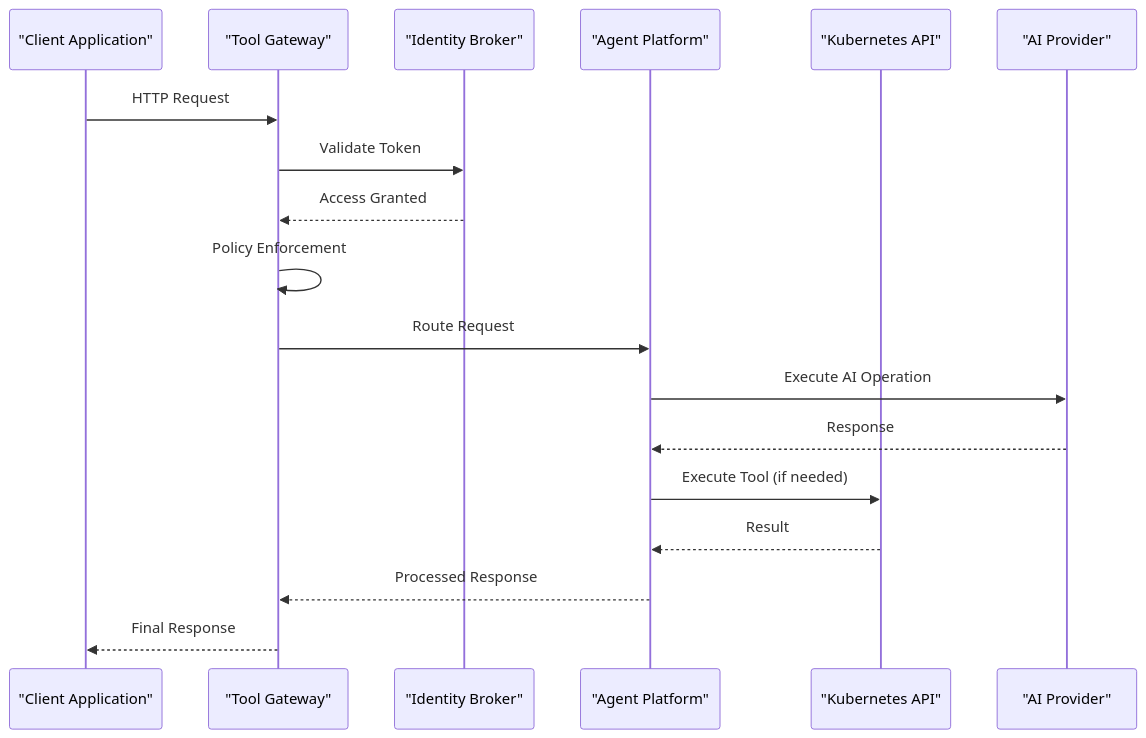
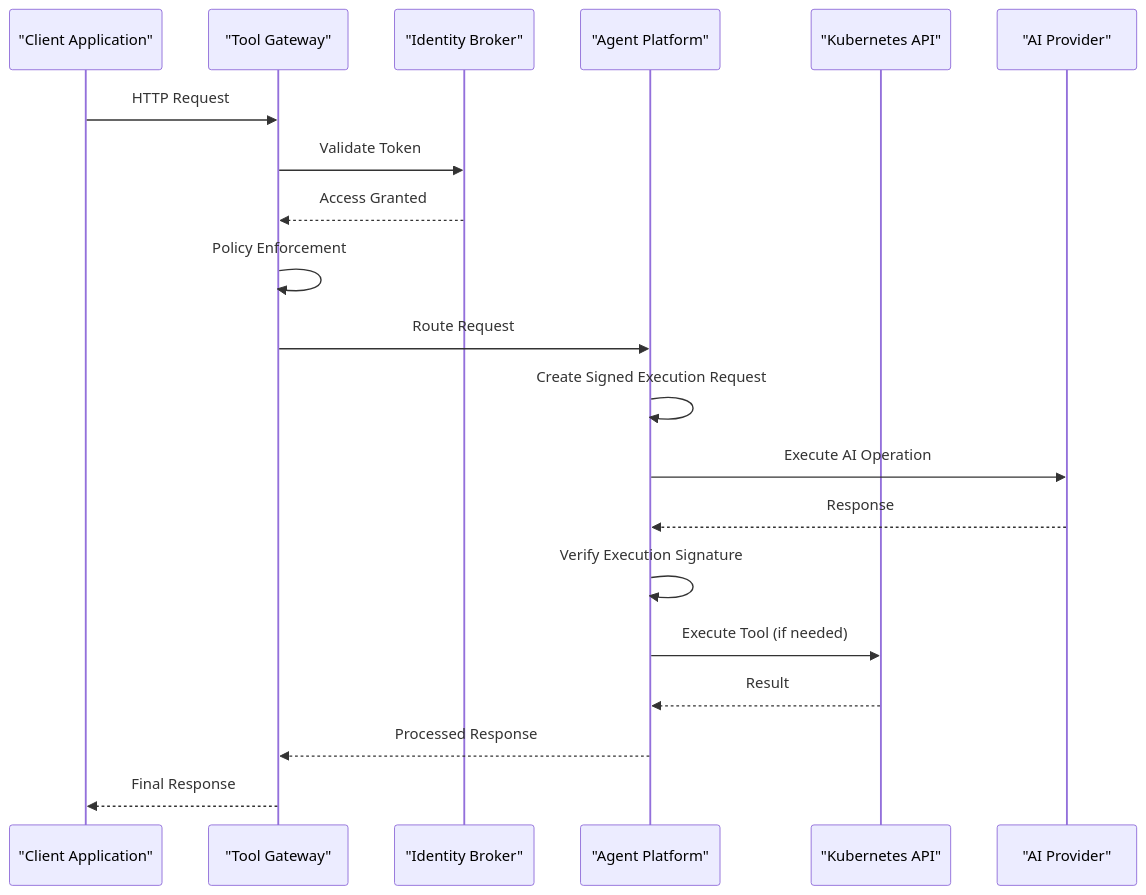
The second of 8 diagrams in .qoder/repowiki/en/content/Project Overview.md (metasync/luban-aiops), drawn with Mermaid before and after one commit. The commit also changed other lines of this file and 4 other files, not shown here.

````diff
--- a/.qoder/repowiki/en/content/Project Overview.md
+++ b/.qoder/repowiki/en/content/Project Overview.md
@@ -152,20 +166,22 @@
 ```mermaid
 sequenceDiagram
 participant Client as "Client Application"
 participant Gateway as "Tool Gateway"
 participant Auth as "Identity Broker"
 participant Agent as "Agent Platform"
 participant K8S as "Kubernetes API"
 participant AI as "AI Provider"
 Client->>Gateway : HTTP Request
 Gateway->>Auth : Validate Token
 Auth-->>Gateway : Access Granted
 Gateway->>Gateway : Policy Enforcement
 Gateway->>Agent : Route Request
+Agent->>Agent : Create Signed Execution Request
 Agent->>AI : Execute AI Operation
 AI-->>Agent : Response
+Agent->>Agent : Verify Execution Signature
 Agent->>K8S : Execute Tool (if needed)
 K8S-->>Agent : Result
 Agent-->>Gateway : Processed Response
 Gateway-->>Client : Final Response
 ```
````
